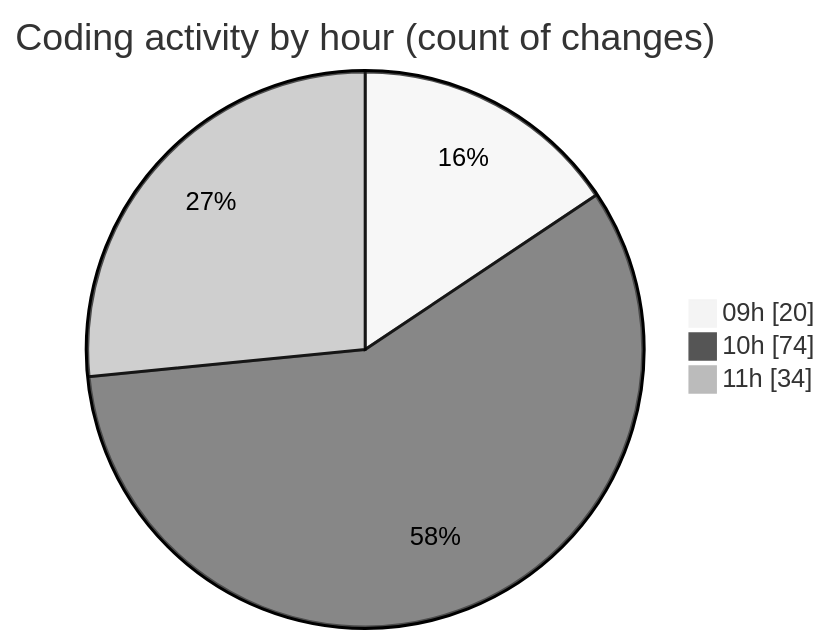
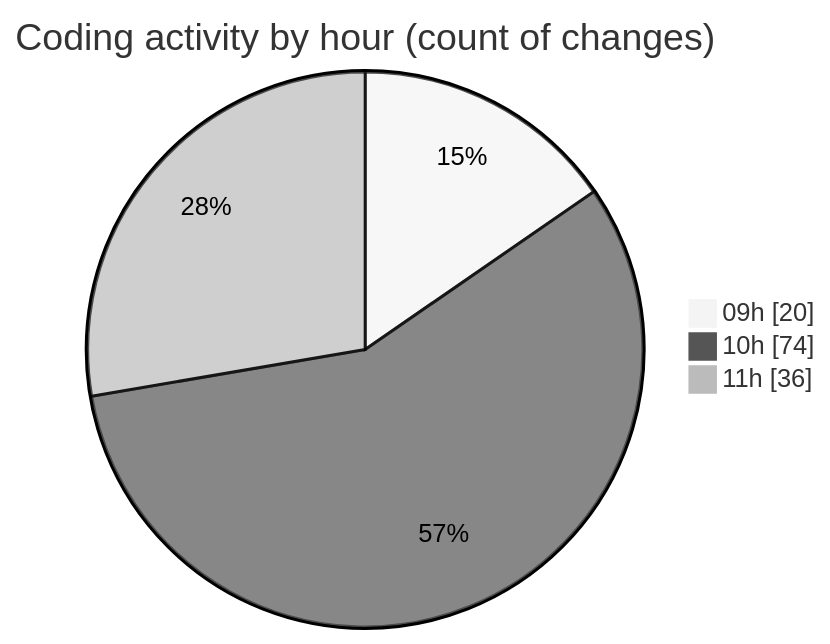
The second of 2 diagrams in 2025-06-06/ecodeli-1/README.md (CELIANVF/code-tracking), drawn with Mermaid (neutral theme) before and after one commit. The commit also changed other lines of this file and 1 other file, not shown here.

````diff
--- a/2025-06-06/ecodeli-1/README.md
+++ b/2025-06-06/ecodeli-1/README.md
@@ -70,7 +70,7 @@
 ```mermaid
 pie showData
 title Coding activity by hour (count of changes)
 "09h" : 20
 "10h" : 74
-"11h" : 34
+"11h" : 36
 ```
````
